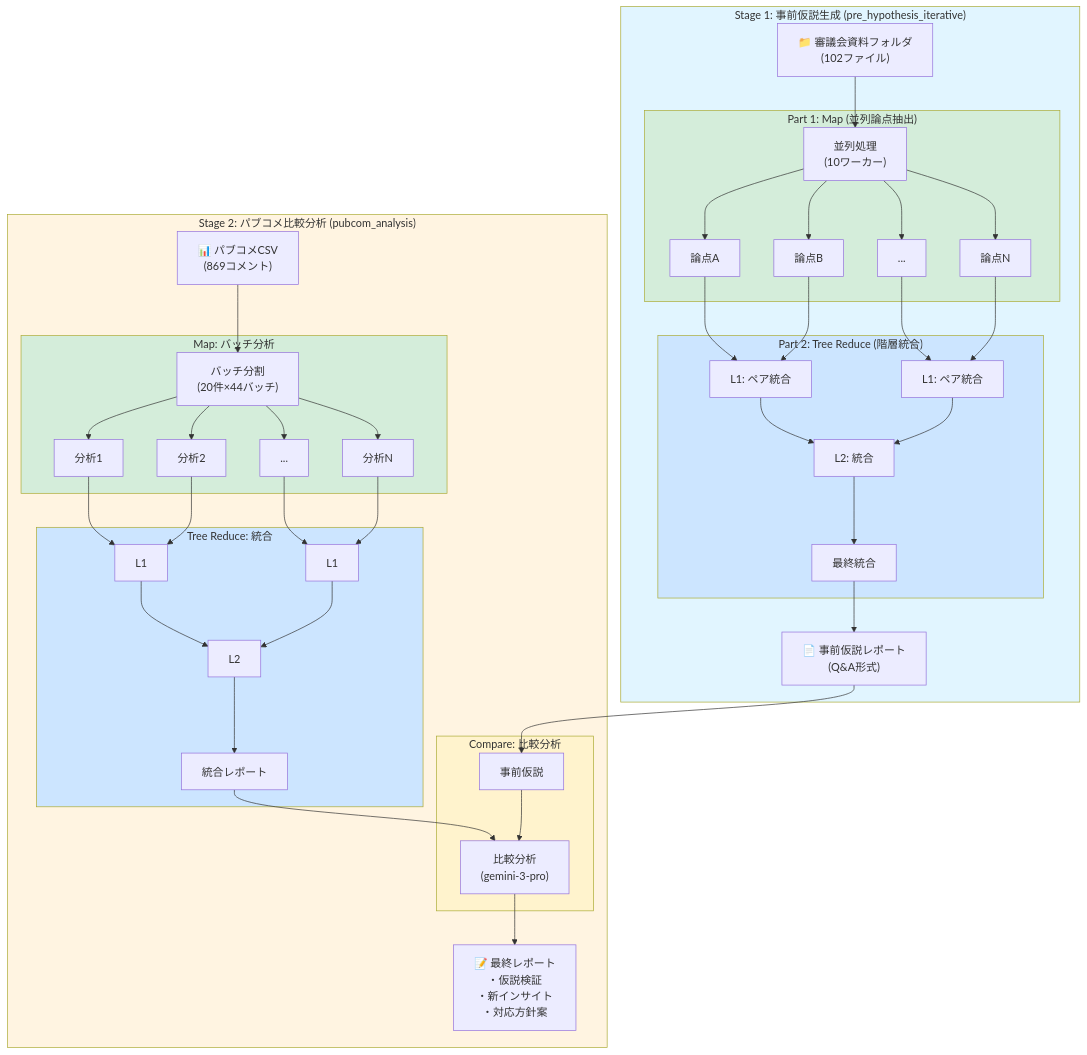
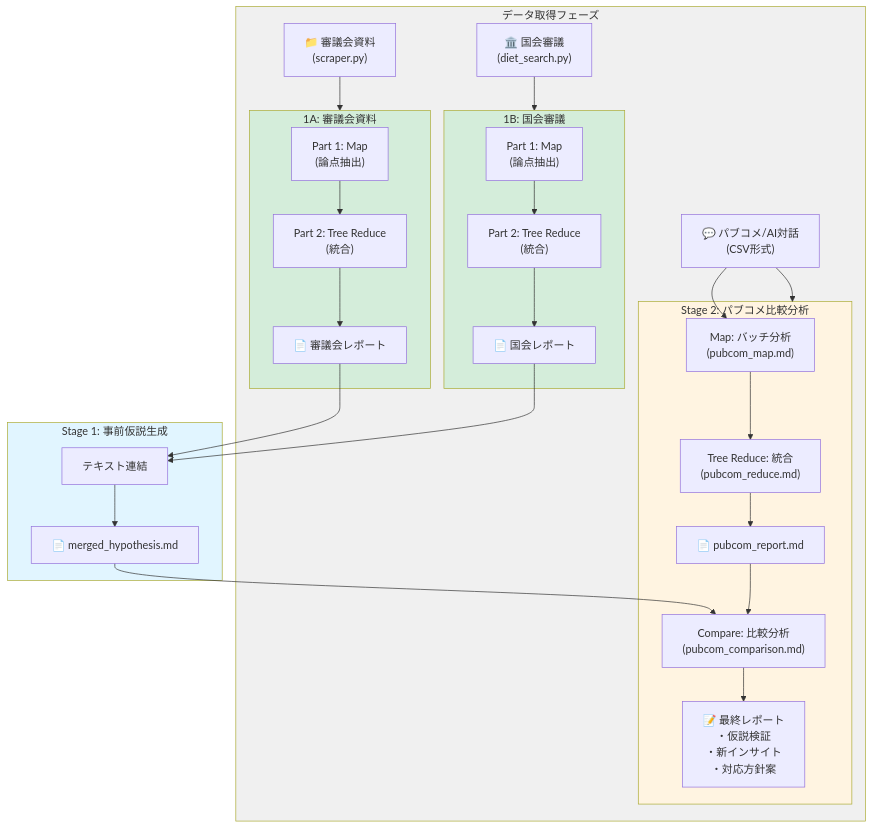
The diagram in README.md (youkiti/i-1-grand-prix), drawn with Mermaid before and after one commit. The commit also changed other lines of this file and 6 other files, not shown here.

````diff
--- a/README.md
+++ b/README.md
@@ -11,66 +11,40 @@
 ```mermaid
 graph TB
-    subgraph Stage1 ["Stage 1: 事前仮説生成 (pre_hypothesis_iterative)"]
-        S1A["📁 審議会資料フォルダ<br/>(102ファイル)"] --> S1Map
-
-        subgraph S1MapPhase ["Part 1: Map (並列論点抽出)"]
-            S1Map["並列処理<br/>(10ワーカー)"]
-            S1Map --> S1D1["論点A"]
-            S1Map --> S1D2["論点B"]
-            S1Map --> S1D3["..."]
-            S1Map --> S1DN["論点N"]
-        end
-
-        subgraph S1ReducePhase ["Part 2: Tree Reduce (階層統合)"]
-            S1D1 --> S1R1["L1: ペア統合"]
-            S1D2 --> S1R1
-            S1D3 --> S1R2["L1: ペア統合"]
-            S1DN --> S1R2
-            S1R1 --> S1R3["L2: 統合"]
-            S1R2 --> S1R3
-            S1R3 --> S1Final["最終統合"]
-        end
-
-        S1Final --> S1Out["📄 事前仮説レポート<br/>(Q&A形式)"]
+    subgraph DataAcquisition ["データ取得フェーズ"]
+        D1["📁 審議会資料<br/>(scraper.py)"] --> Stage1A
+        D2["🏛️ 国会審議<br/>(diet_search.py)"] --> Stage1B
+        D3["💬 パブコメ/AI対話<br/>(CSV形式)"] --> Stage2
     end
 
-    S1Out --> S2B
-
-    subgraph Stage2 ["Stage 2: パブコメ比較分析 (pubcom_analysis)"]
-        S2A["📊 パブコメCSV<br/>(869コメント)"] --> S2Map
-
-        subgraph S2MapPhase ["Map: バッチ分析"]
-            S2Map["バッチ分割<br/>(20件×44バッチ)"]
-            S2Map --> S2B1["分析1"]
-            S2Map --> S2B2["分析2"]
-            S2Map --> S2B3["..."]
-            S2Map --> S2BN["分析N"]
+    subgraph Stage1 ["Stage 1: 事前仮説生成"]
+        subgraph Stage1A ["1A: 審議会資料"]
+            S1A_Map["Part 1: Map<br/>(論点抽出)"] --> S1A_Reduce["Part 2: Tree Reduce<br/>(統合)"]
+            S1A_Reduce --> S1A_Out["📄 審議会レポート"]
         end
-
-        subgraph S2ReducePhase ["Tree Reduce: 統合"]
-            S2B1 --> S2R1["L1"]
-            S2B2 --> S2R1
-            S2B3 --> S2R2["L1"]
-            S2BN --> S2R2
-            S2R1 --> S2R3["L2"]
-            S2R2 --> S2R3
-            S2R3 --> S2Consolidated["統合レポート"]
+        
+        subgraph Stage1B ["1B: 国会審議"]
+            S1B_Map["Part 1: Map<br/>(論点抽出)"] --> S1B_Reduce["Part 2: Tree Reduce<br/>(統合)"]
+            S1B_Reduce --> S1B_Out["📄 国会レポート"]
         end
-
-        subgraph S2ComparePhase ["Compare: 比較分析"]
-            S2B["事前仮説"]
-            S2Consolidated --> S2Compare["比較分析<br/>(gemini-3-pro)"]
-            S2B --> S2Compare
-        end
-
-        S2Compare --> S2Out["📝 最終レポート<br/>・仮説検証<br/>・新インサイト<br/>・対応方針案"]
+        
+        S1A_Out --> Concat["テキスト連結"]
+        S1B_Out --> Concat
+        Concat --> MergedHypothesis["📄 merged_hypothesis.md"]
     end
 
+    subgraph Stage2 ["Stage 2: パブコメ比較分析"]
+        D3 --> S2Map["Map: バッチ分析<br/>(pubcom_map.md)"]
+        S2Map --> S2Reduce["Tree Reduce: 統合<br/>(pubcom_reduce.md)"]
+        S2Reduce --> S2Report["📄 pubcom_report.md"]
+        
+        MergedHypothesis --> S2Compare["Compare: 比較分析<br/>(pubcom_comparison.md)"]
+        S2Report --> S2Compare
+        S2Compare --> FinalReport["📝 最終レポート<br/>・仮説検証<br/>・新インサイト<br/>・対応方針案"]
+    end
+
+    style DataAcquisition fill:#f0f0f0
     style Stage1 fill:#e1f5ff
+    style Stage1A fill:#d4edda
+    style Stage1B fill:#d4edda
     style Stage2 fill:#fff4e1
-    style S1MapPhase fill:#d4edda
-    style S1ReducePhase fill:#cce5ff
-    style S2MapPhase fill:#d4edda
-    style S2ReducePhase fill:#cce5ff
-    style S2ComparePhase fill:#fff3cd
 ```
````
